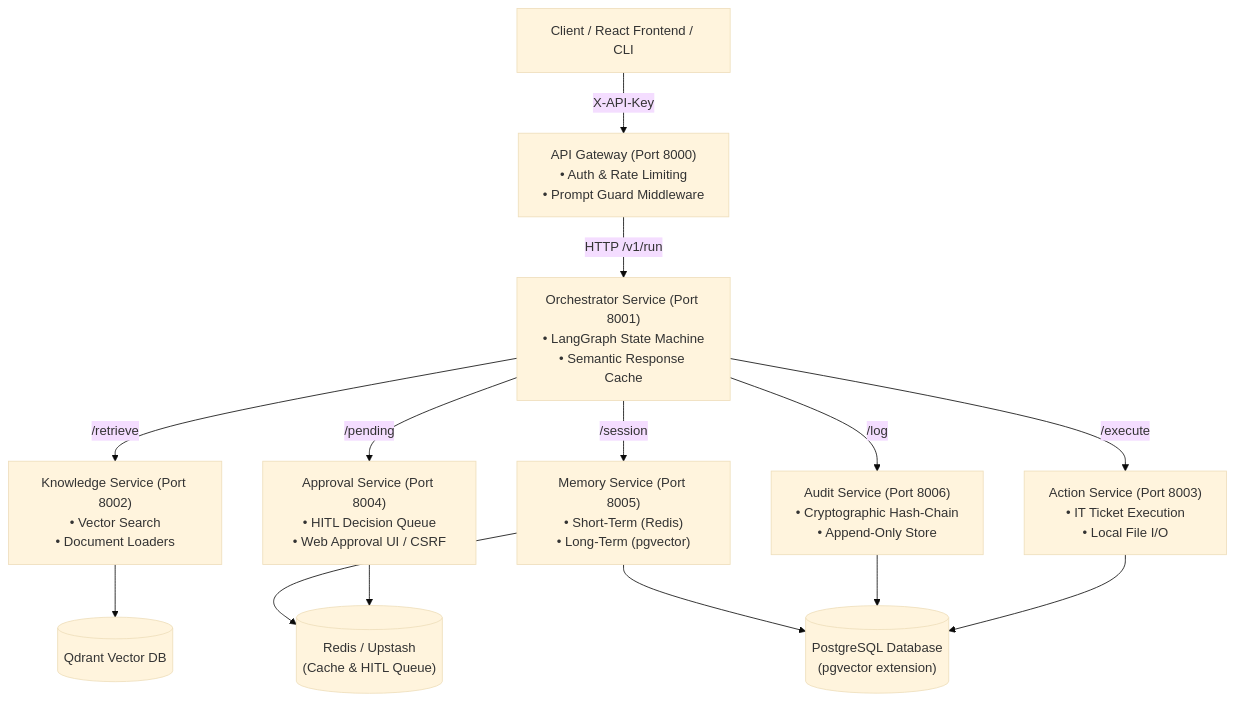
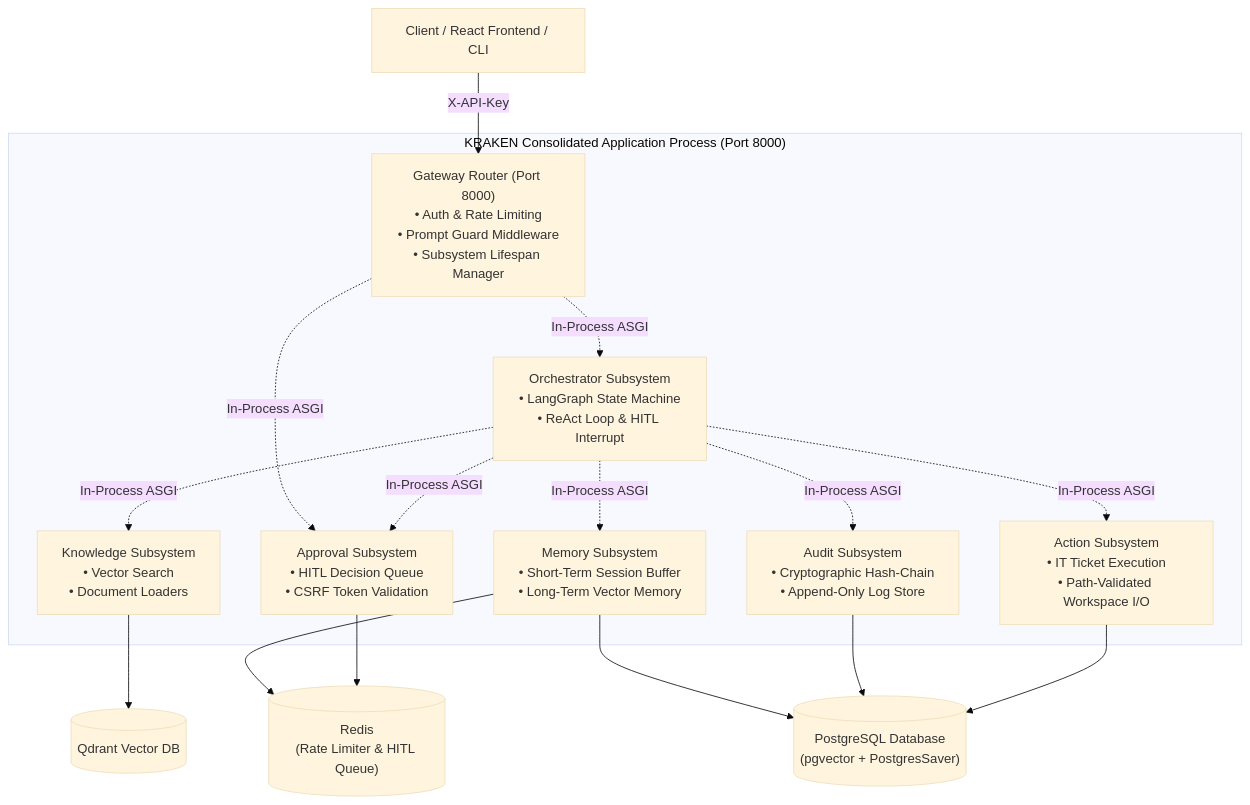
One commit to JavithNaseem-J/KRAKEN changed the first of 2 diagrams in docs/architecture.md. Above: the diagram before and after it, drawn with Mermaid (base theme). The commit also changed other lines of this file and 266 other files, not shown here.

Commit message:
refactor: consolidate microservice architecture into single-process application

````diff
--- a/docs/architecture.md
+++ b/docs/architecture.md
@@ -11,31 +11,35 @@
 ```mermaid
 flowchart TD
     Client["Client / React Frontend / CLI"]
-    Gateway["API Gateway (Port 8000)<br/>• Auth & Rate Limiting<br/>• Prompt Guard Middleware"]
-    Orchestrator["Orchestrator Service (Port 8001)<br/>• LangGraph State Machine<br/>• Semantic Response Cache"]
-    Knowledge["Knowledge Service (Port 8002)<br/>• Vector Search<br/>• Document Loaders"]
-    Action["Action Service (Port 8003)<br/>• IT Ticket Execution<br/>• Local File I/O"]
-    Approval["Approval Service (Port 8004)<br/>• HITL Decision Queue<br/>• Web Approval UI / CSRF"]
-    Memory["Memory Service (Port 8005)<br/>• Short-Term (Redis)<br/>• Long-Term (pgvector)"]
-    Audit["Audit Service (Port 8006)<br/>• Cryptographic Hash-Chain<br/>• Append-Only Store"]
+    
+    subgraph AppProcess["KRAKEN Consolidated Application Process (Port 8000)"]
+        Gateway["Gateway Router (Port 8000)<br/>• Auth & Rate Limiting<br/>• Prompt Guard Middleware<br/>• Subsystem Lifespan Manager"]
+        Orchestrator["Orchestrator Subsystem<br/>• LangGraph State Machine<br/>• ReAct Loop & HITL Interrupt"]
+        Knowledge["Knowledge Subsystem<br/>• Vector Search<br/>• Document Loaders"]
+        Action["Action Subsystem<br/>• IT Ticket Execution<br/>• Path-Validated Workspace I/O"]
+        Approval["Approval Subsystem<br/>• HITL Decision Queue<br/>• CSRF Token Validation"]
+        Memory["Memory Subsystem<br/>• Short-Term Session Buffer<br/>• Long-Term Vector Memory"]
+        Audit["Audit Subsystem<br/>• Cryptographic Hash-Chain<br/>• Append-Only Log Store"]
+    end
 
     Qdrant[("Qdrant Vector DB")]
-    PostgreSQL[("PostgreSQL Database<br/>(pgvector extension)")]
-    Redis[("Redis / Upstash<br/>(Cache & HITL Queue)")]
+    PostgreSQL[("PostgreSQL Database<br/>(pgvector + PostgresSaver)")]
+    Redis[("Redis<br/>(Rate Limiter & HITL Queue)")]
 
     Client -->|X-API-Key| Gateway
-    Gateway -->|HTTP /v1/run| Orchestrator
+    Gateway -.->|In-Process ASGI| Orchestrator
+    Gateway -.->|In-Process ASGI| Approval
     
-    Orchestrator -->|/retrieve| Knowledge
-    Orchestrator -->|/session| Memory
-    Orchestrator -->|/execute| Action
-    Orchestrator -->|/pending| Approval
-    Orchestrator -->|/log| Audit
+    Orchestrator -.->|In-Process ASGI| Knowledge
+    Orchestrator -.->|In-Process ASGI| Memory
+    Orchestrator -.->|In-Process ASGI| Action
+    Orchestrator -.->|In-Process ASGI| Approval
+    Orchestrator -.->|In-Process ASGI| Audit
 
     Knowledge --> Qdrant
     Memory --> Redis
     Memory --> PostgreSQL
     Approval --> Redis
     Audit --> PostgreSQL
     Action --> PostgreSQL
 ```
````
